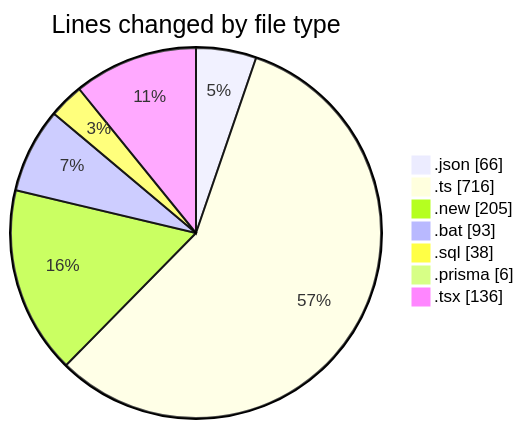
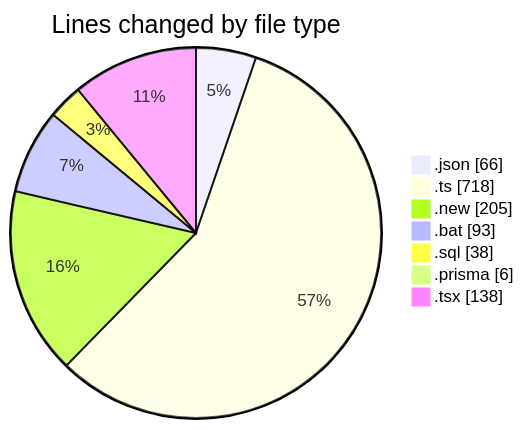
The first of 2 diagrams in 2025-05-20/ecodeli-1/README.md (CELIANVF/code-tracking), drawn with Mermaid before and after one commit. The commit also changed other lines of this file and 1 other file, not shown here.

````diff
--- a/2025-05-20/ecodeli-1/README.md
+++ b/2025-05-20/ecodeli-1/README.md
@@ -32,11 +34,11 @@
 ```mermaid
 pie showData
 title Lines changed by file type
 ".json" : 66
-".ts" : 716
+".ts" : 718
 ".new" : 205
 ".bat" : 93
 ".sql" : 38
 ".prisma" : 6
-".tsx" : 136
+".tsx" : 138
 ```
````
